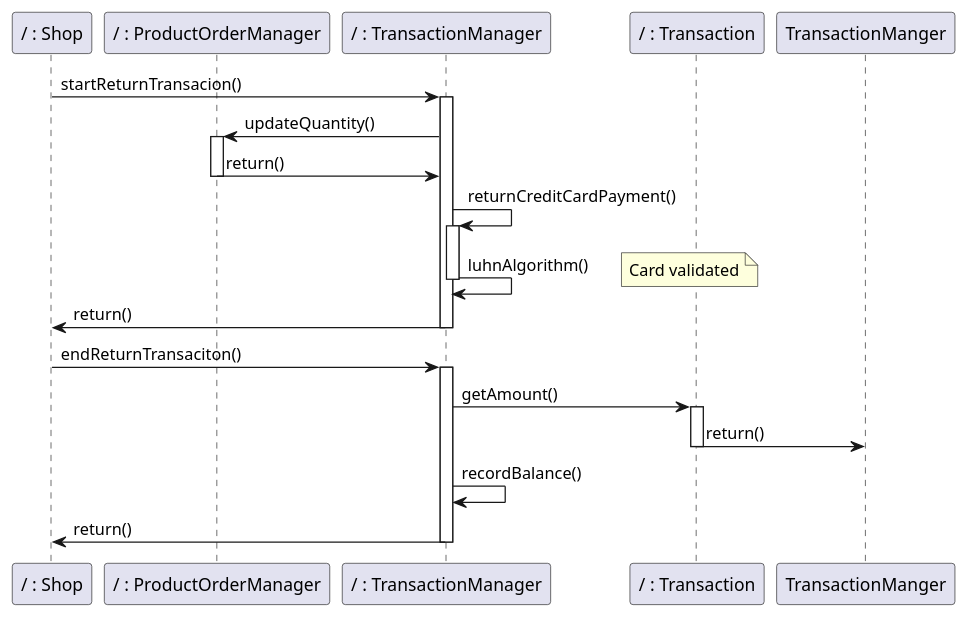
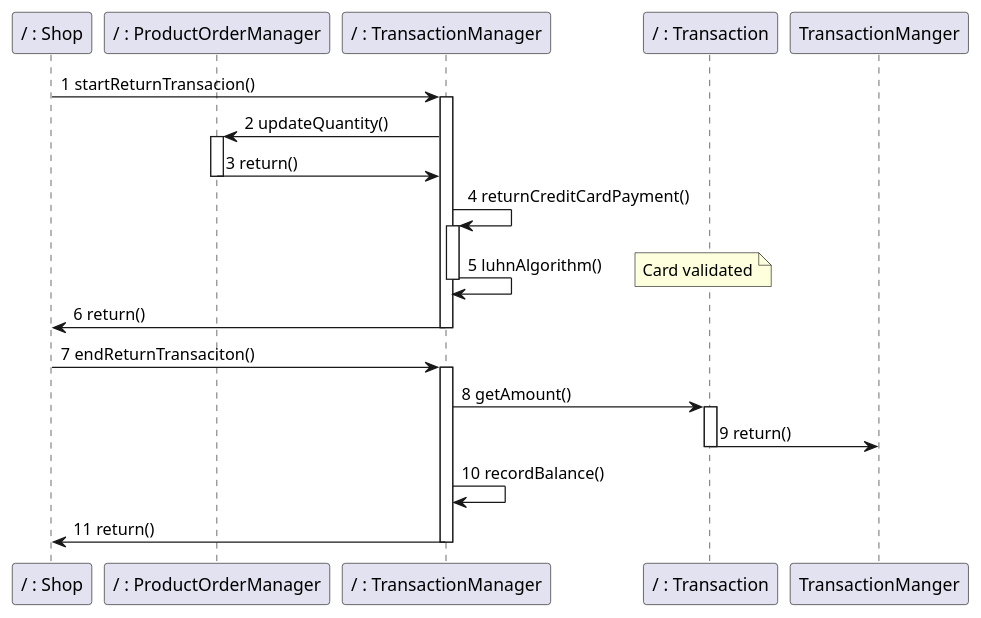
One commit to nicolabattaglino/ezshop changed the tenth of 14 diagrams in Deliverables/DesignDocument.md. Above: the diagram before and after it, drawn with PlantUML. The commit also changed other lines of this file, not shown here.

````diff
--- a/Deliverables/DesignDocument.md
+++ b/Deliverables/DesignDocument.md
@@ -608,31 +608,31 @@
 ```plantuml
 @startuml
 
 participant "/ : Shop" as Shop
 participant "/ : ProductOrderManager" as ProductOrderManager
 participant "/ : TransactionManager" as TransactionManager
 participant "/ : Transaction" as Transaction
-Shop -> TransactionManager: startReturnTransacion()
+Shop -> TransactionManager:1 startReturnTransacion()
 activate TransactionManager
-TransactionManager -> ProductOrderManager: updateQuantity()
+TransactionManager -> ProductOrderManager:2 updateQuantity()
 activate ProductOrderManager
-ProductOrderManager -> TransactionManager: return()
+ProductOrderManager -> TransactionManager:3 return()
 deactivate ProductOrderManager
-TransactionManager -> TransactionManager:returnCreditCardPayment()
+TransactionManager -> TransactionManager:4 returnCreditCardPayment()
 activate TransactionManager
-TransactionManager -> TransactionManager: luhnAlgorithm()
+TransactionManager -> TransactionManager:5 luhnAlgorithm()
 note right: Card validated
 deactivate TransactionManager 
-TransactionManager  -> Shop: return()
+TransactionManager  -> Shop:6 return()
 deactivate TransactionManager 
-Shop -> TransactionManager: endReturnTransaciton()
+Shop -> TransactionManager:7 endReturnTransaciton()
 activate TransactionManager
-TransactionManager-> Transaction: getAmount()
+TransactionManager-> Transaction:8 getAmount()
 activate Transaction
-Transaction -> TransactionManger: return()
+Transaction -> TransactionManger:9 return()
 deactivate Transaction
-TransactionManager -> TransactionManager: recordBalance() 
-TransactionManager -> Shop:return()
+TransactionManager -> TransactionManager:10 recordBalance() 
+TransactionManager -> Shop:11 return()
 deactivate TransactionManager 
 @enduml
 ```
````
